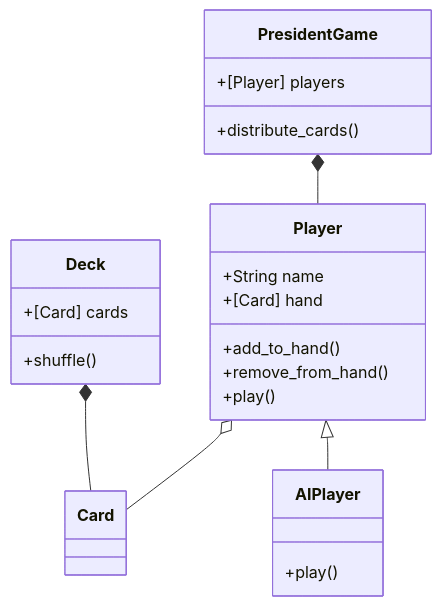
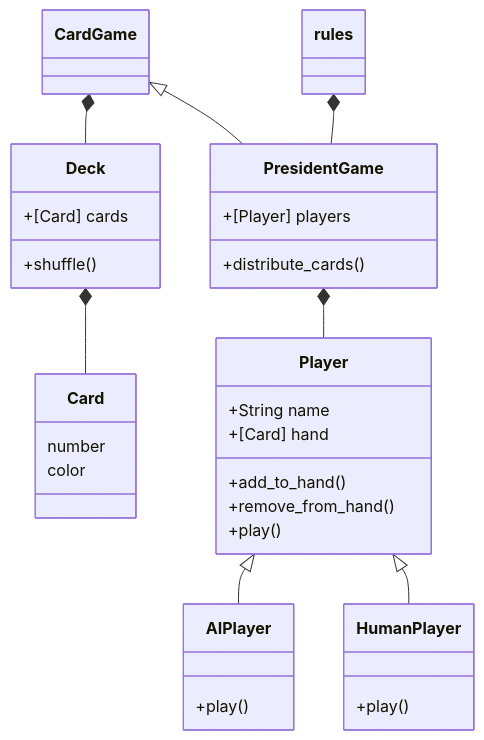
The second of 3 diagrams in README.md (Mistayan/President-Game), drawn with Mermaid before and after one commit. The commit also changed other lines of this file, not shown here.

````diff
--- a/README.md
+++ b/README.md
@@ -59,25 +46,36 @@
 ```mermaid
 classDiagram
     Deck *-- Card
+    CardGame *-- Deck
+    CardGame <|-- PresidentGame
+    rules *-- PresidentGame
     PresidentGame *-- Player
     Player <|-- AIPlayer
-    Player o-- Card
+    Player <|-- HumanPlayer
     class PresidentGame{
         +[Player] players
         +distribute_cards()
     }
     class Player{
         +String name
         +[Card] hand
         +add_to_hand()
         +remove_from_hand()
         +play()
     }
     class Deck{
         +[Card] cards
         +shuffle()
     }
     class AIPlayer{
         +play()
     }
+    class HumanPlayer{
+        +play()
+    }
+    class Card{
+        number
+        color
+    }
+    
 ```
````
